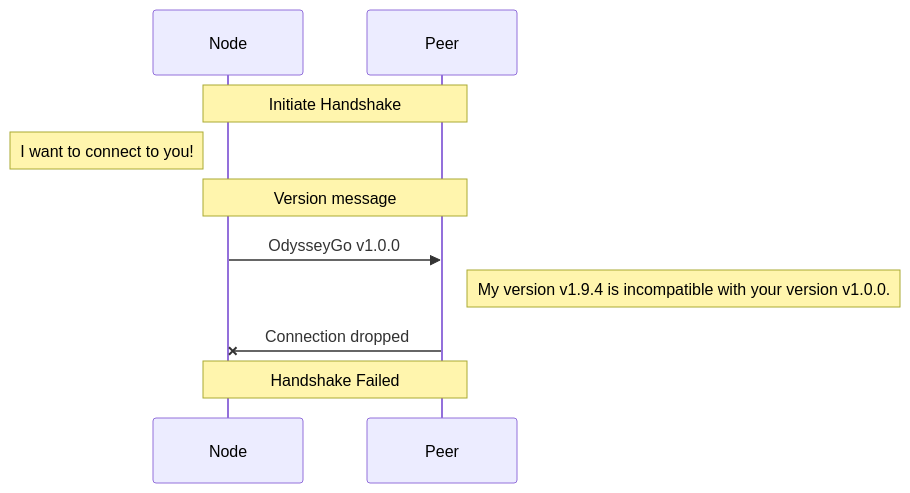
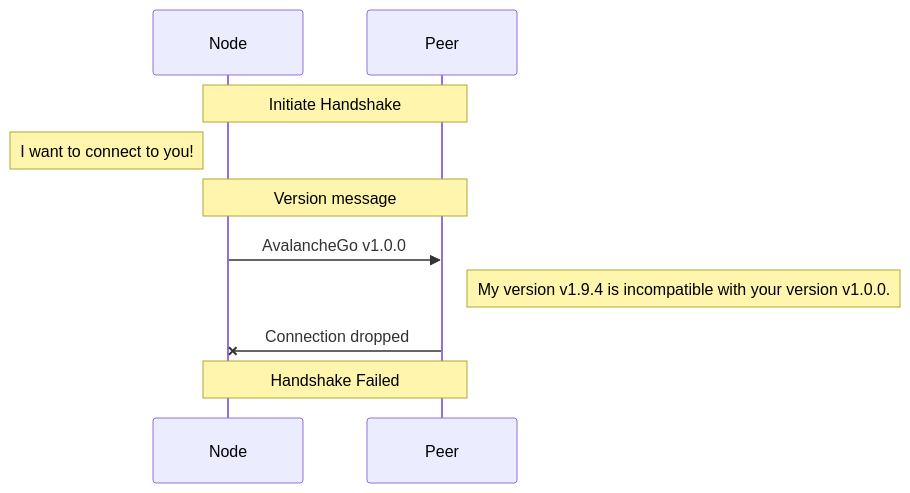
One commit to DioneProtocol/odysseygo changed the second of 5 diagrams in network/README.md. Above: the diagram before and after it, drawn with Mermaid. The commit also changed other lines of this file and 1715 other files, not shown here.

````diff
--- a/network/README.md
+++ b/network/README.md
@@ -59,10 +59,10 @@
 ```mermaid
 sequenceDiagram
 Note over Node,Peer: Initiate Handshake
 Note left of Node: I want to connect to you!
 Note over Node,Peer: Version message
-Node->>Peer: OdysseyGo v1.0.0
+Node->>Peer: AvalancheGo v1.0.0
 Note right of Peer: My version v1.9.4 is incompatible with your version v1.0.0.
 Peer-xNode: Connection dropped
 Note over Node,Peer: Handshake Failed
 ```
````
